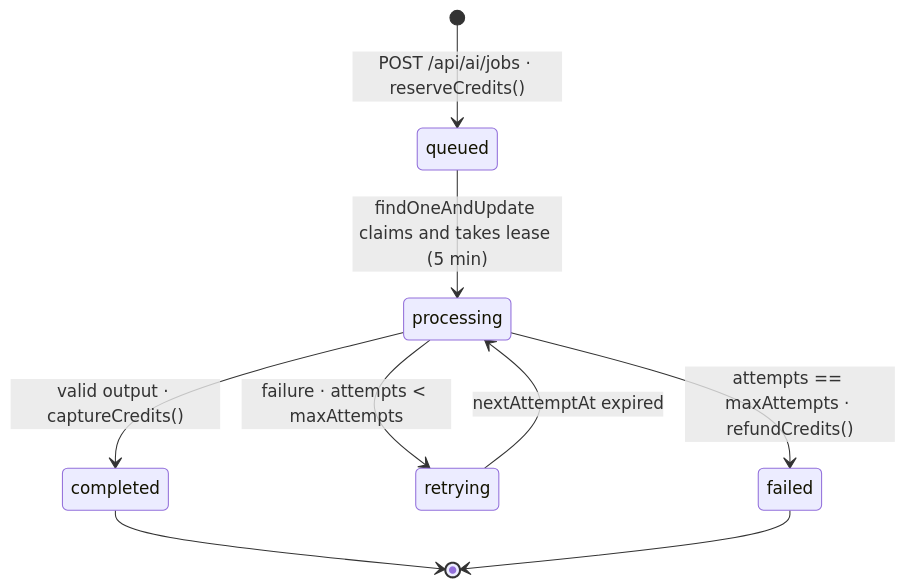
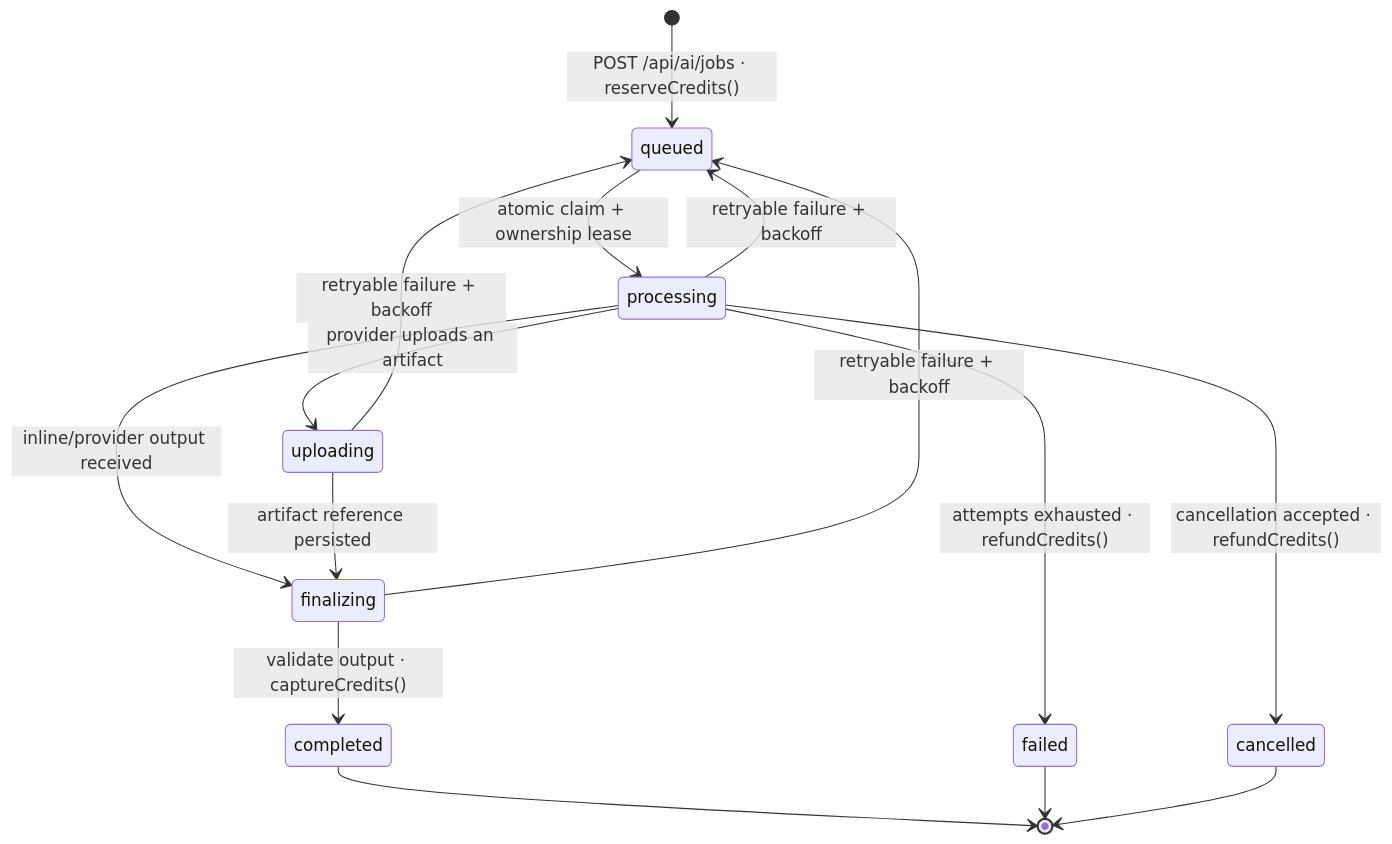
One commit to jggjosue/prompt-studio changed the diagram in docs/AI_ARCHITECTURE.md. Above: the diagram before and after it, drawn with Mermaid. The commit also changed other lines of this file and 15 other files, not shown here.

````diff
--- a/docs/AI_ARCHITECTURE.md
+++ b/docs/AI_ARCHITECTURE.md
@@ -52,11 +52,17 @@
 ```mermaid
 stateDiagram-v2
     [*] --> queued: POST /api/ai/jobs · reserveCredits()
-    queued --> processing: findOneAndUpdate claims and takes lease (5 min)
-    processing --> completed: valid output · captureCredits()
-    processing --> retrying: failure · attempts < maxAttempts
-    retrying --> processing: nextAttemptAt expired
-    processing --> failed: attempts == maxAttempts · refundCredits()
+    queued --> processing: atomic claim + ownership lease
+    processing --> uploading: provider uploads an artifact
+    processing --> finalizing: inline/provider output received
+    uploading --> finalizing: artifact reference persisted
+    finalizing --> completed: validate output · captureCredits()
+    processing --> queued: retryable failure + backoff
+    uploading --> queued: retryable failure + backoff
+    finalizing --> queued: retryable failure + backoff
+    processing --> failed: attempts exhausted · refundCredits()
+    processing --> cancelled: cancellation accepted · refundCredits()
     completed --> [*]
     failed --> [*]
+    cancelled --> [*]
 ```
````
